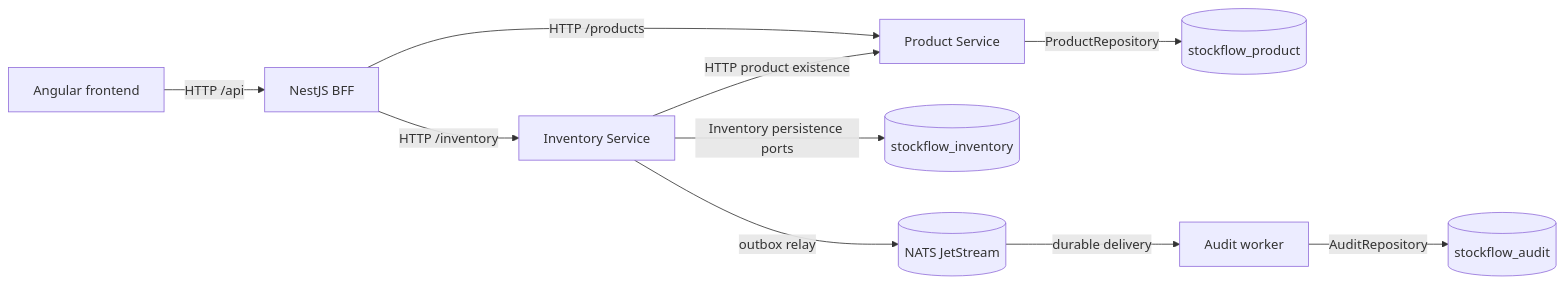
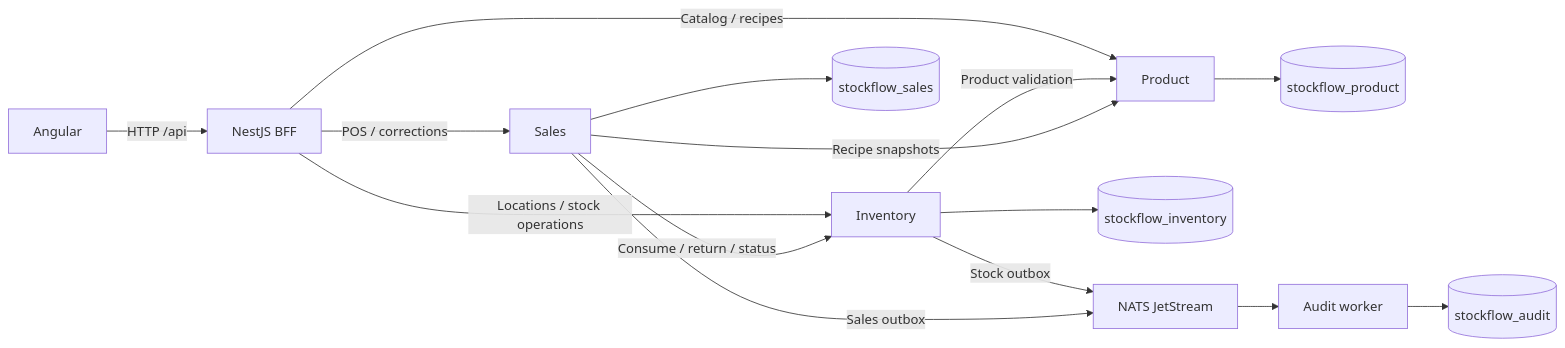
Before and after one commit to yassin-hakim/stockflow: the diagram in docs/architecture.md, drawn with Mermaid. The commit also changed other lines of this file and 212 other files, not shown here.

````diff
--- a/docs/architecture.md
+++ b/docs/architecture.md
@@ -7,12 +7,17 @@
 ```mermaid
 flowchart LR
-  UI[Angular frontend] -->|HTTP /api| BFF[NestJS BFF]
-  BFF -->|HTTP /products| P[Product Service]
-  BFF -->|HTTP /inventory| I[Inventory Service]
-  I -->|HTTP product existence| P
-  P -->|ProductRepository| PDB[(stockflow_product)]
-  I -->|Inventory persistence ports| IDB[(stockflow_inventory)]
-  I -->|outbox relay| NATS[(NATS JetStream)]
-  NATS -->|durable delivery| Audit[Audit worker]
-  Audit -->|AuditRepository| ADB[(stockflow_audit)]
+  UI[Angular] -->|HTTP /api| BFF[NestJS BFF]
+  BFF -->|Catalog / recipes| P[Product]
+  BFF -->|Locations / stock operations| I[Inventory]
+  BFF -->|POS / corrections| S[Sales]
+  I -->|Product validation| P
+  S -->|Recipe snapshots| P
+  S -->|Consume / return / status| I
+  P --> PDB[(stockflow_product)]
+  I --> IDB[(stockflow_inventory)]
+  S --> SDB[(stockflow_sales)]
+  I -->|Stock outbox| JS[NATS JetStream]
+  S -->|Sales outbox| JS
+  JS --> A[Audit worker]
+  A --> ADB[(stockflow_audit)]
 ```
````
